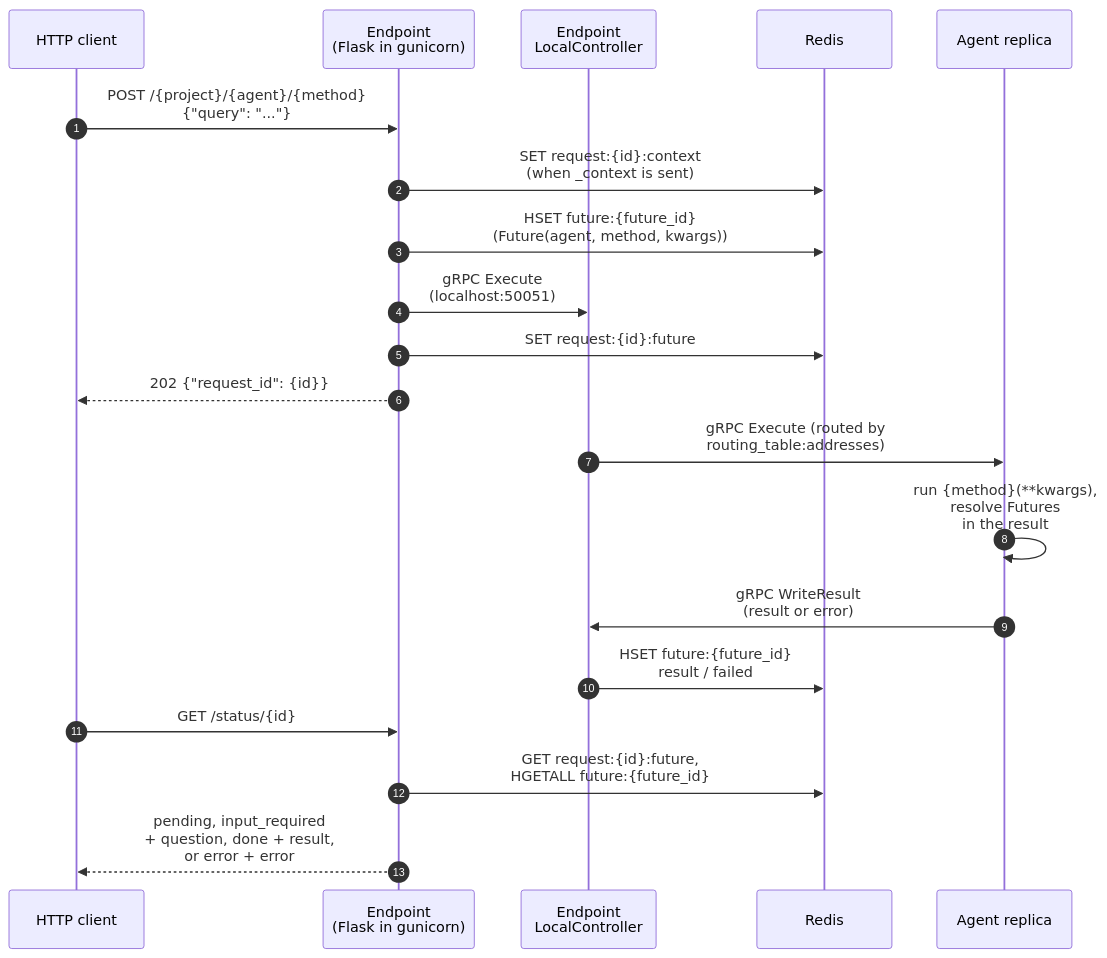
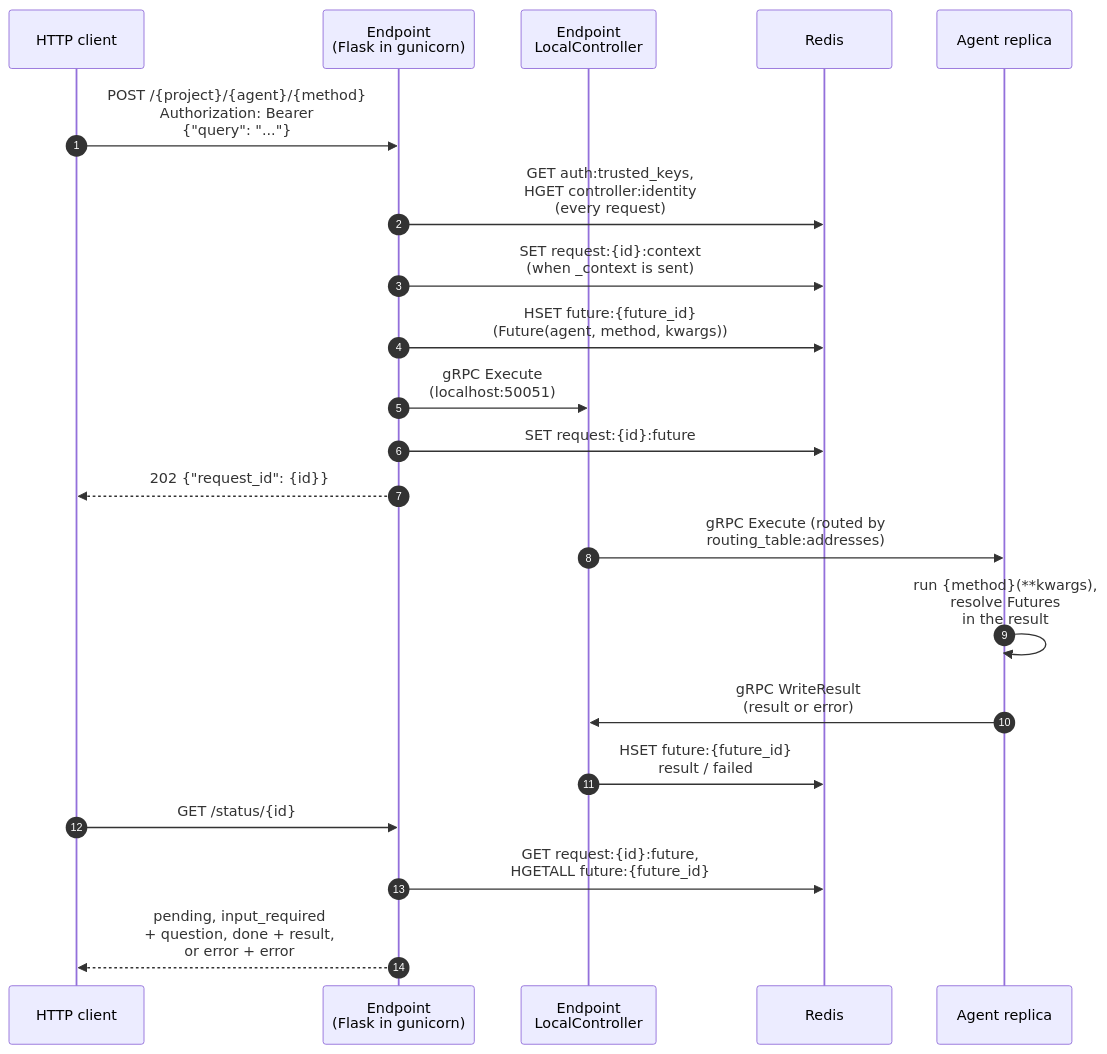
One commit to CanyonCodeCoreAI/canyonos changed the diagram in docs/architecture/ENDPOINT.md. Above: the diagram before and after it, drawn with Mermaid. The commit also changed other lines of this file and 27 other files, not shown here.

````diff
--- a/docs/architecture/ENDPOINT.md
+++ b/docs/architecture/ENDPOINT.md
@@ -13,23 +15,24 @@
 ```mermaid
 sequenceDiagram
     autonumber
     participant C as HTTP client
     participant E as Endpoint<br/>(Flask in gunicorn)
     participant LC as Endpoint<br/>LocalController
     participant R as Redis
     participant A as Agent replica
 
-    C->>E: POST /{project}/{agent}/{method}<br/>{"query": "..."}
+    C->>E: POST /{project}/{agent}/{method}<br/>Authorization: Bearer<br/>{"query": "..."}
+    E->>R: GET auth:trusted_keys,<br/>HGET controller:identity<br/>(every request)
     E->>R: SET request:{id}:context<br/>(when _context is sent)
     E->>R: HSET future:{future_id}<br/>(Future(agent, method, kwargs))
     E->>LC: gRPC Execute<br/>(localhost:50051)
     E->>R: SET request:{id}:future
     E-->>C: 202 {"request_id": {id}}
     LC->>A: gRPC Execute (routed by<br/>routing_table:addresses)
     A->>A: run {method}(**kwargs),<br/>resolve Futures<br/>in the result
     A->>LC: gRPC WriteResult<br/>(result or error)
     LC->>R: HSET future:{future_id}<br/>result / failed
     C->>E: GET /status/{id}
     E->>R: GET request:{id}:future,<br/>HGETALL future:{future_id}
     E-->>C: pending, input_required<br/>+ question, done + result,<br/>or error + error
 ```
````
